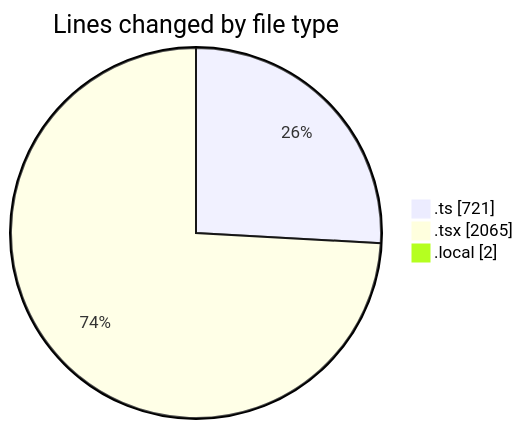
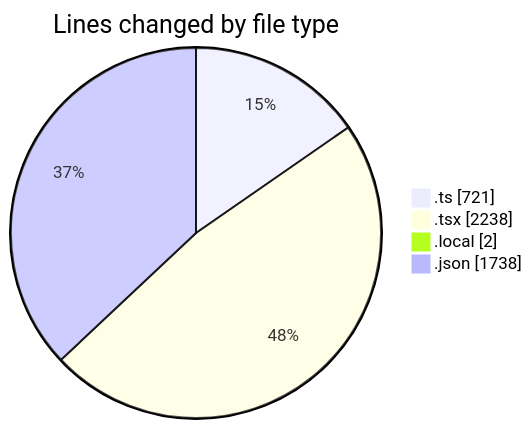
Before and after one commit to julien-gomy/code-tracking: the first of 2 diagrams in 2025-10-28/eventscop-frontend-guide__workspace_/README.md, drawn with Mermaid. The commit also changed other lines of this file and 1 other file, not shown here.

````diff
--- a/2025-10-28/eventscop-frontend-guide__workspace_/README.md
+++ b/2025-10-28/eventscop-frontend-guide__workspace_/README.md
@@ -38,7 +40,8 @@
 ```mermaid
 pie showData
 title Lines changed by file type
 ".ts" : 721
-".tsx" : 2065
+".tsx" : 2238
 ".local" : 2
+".json" : 1738
 ```
````
